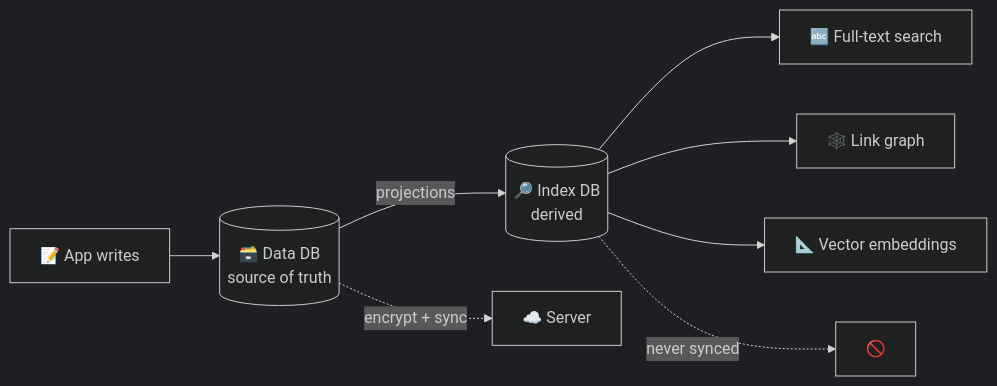
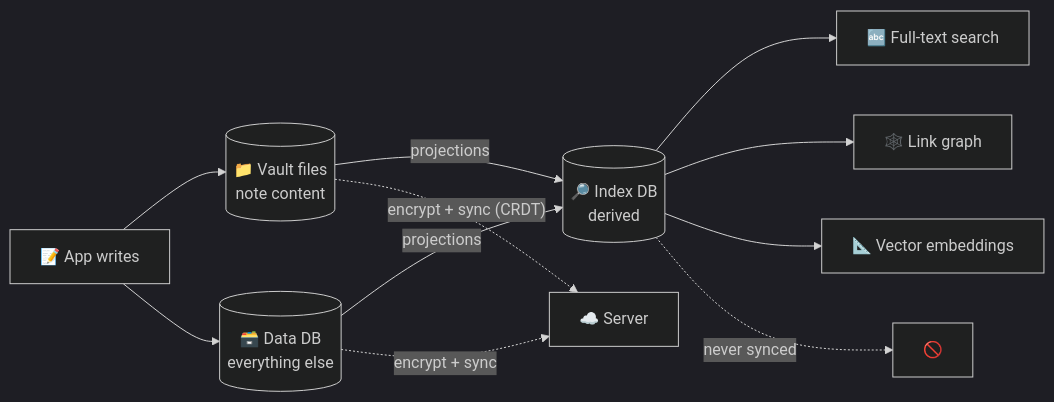
The second of 6 diagrams in docs/ARCHITECTURE.md (memrynote/memry), drawn with Mermaid (dark theme) before and after one commit. The commit also changed other lines of this file and 7 other files, not shown here.

First line of the commit message:
docs(docs,sync-server): bring the architecture and contributor docs up to date

````diff
--- a/docs/ARCHITECTURE.md
+++ b/docs/ARCHITECTURE.md
@@ -297,10 +314,13 @@
 ```mermaid
 flowchart LR
-  App["📝 App writes"] --> DataDB[("🗃️ Data DB<br/>source of truth")]
-  DataDB -->|projections| IndexDB[("🔎 Index DB<br/>derived")]
+  App["📝 App writes"] --> Vault[("📁 Vault files<br/>note content")]
+  App --> DataDB[("🗃️ Data DB<br/>everything else")]
+  Vault -->|projections| IndexDB[("🔎 Index DB<br/>derived")]
+  DataDB -->|projections| IndexDB
   IndexDB --> FTS["🔤 Full-text search"]
   IndexDB --> Graph["🕸️ Link graph"]
   IndexDB --> Vec["📐 Vector embeddings"]
   DataDB -.->|encrypt + sync| Cloud["☁️ Server"]
+  Vault -.->|"encrypt + sync (CRDT)"| Cloud
   IndexDB -.->|never synced| X["🚫"]
 ```
````
